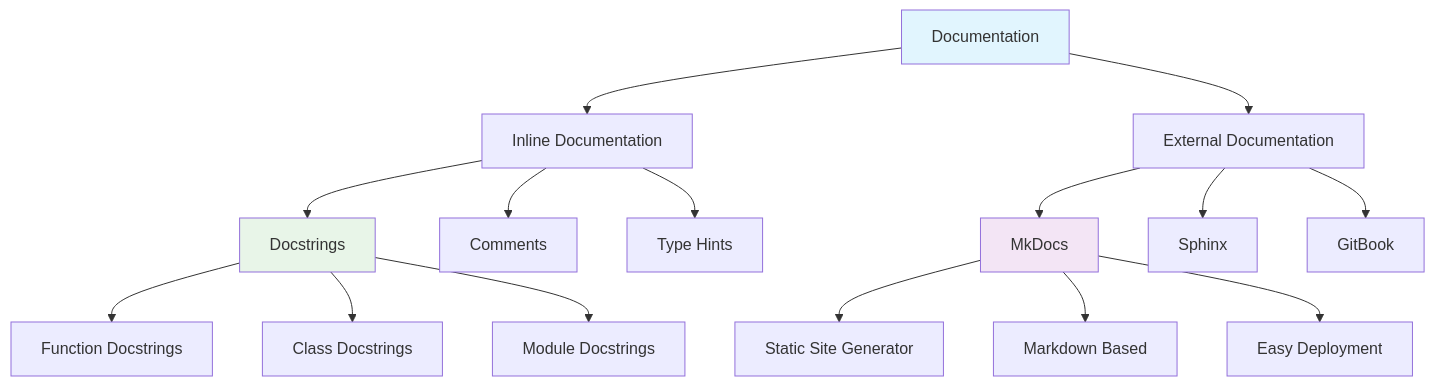
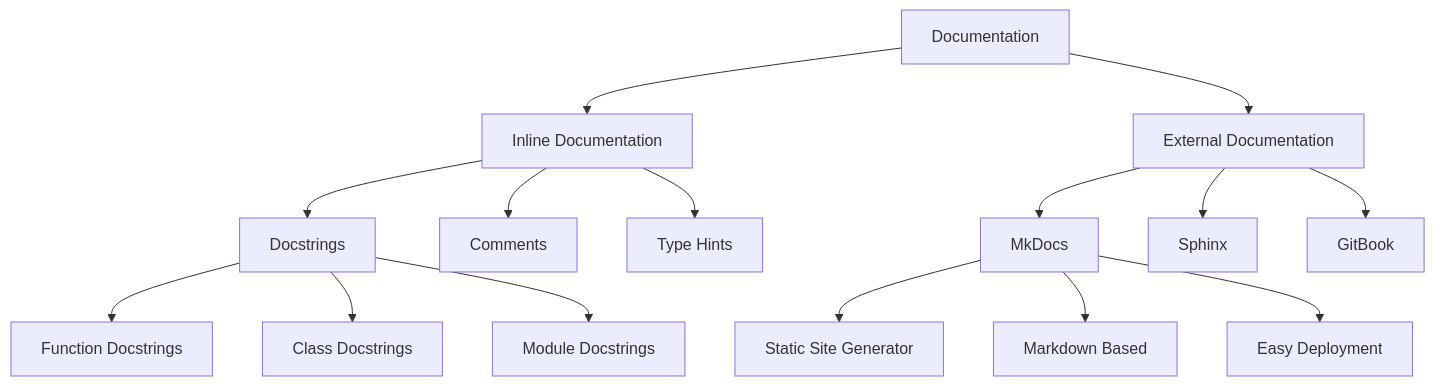
The first of 14 diagrams in 00_python_colab/18_docstrings_mkdocs/readme.md (sayyamsheikh42/Python-Learning-Material), drawn with Mermaid before and after one commit. The commit also changed other lines of this file, not shown here.

````diff
--- a/00_python_colab/18_docstrings_mkdocs/readme.md
+++ b/00_python_colab/18_docstrings_mkdocs/readme.md
@@ -36,25 +36,21 @@
 ```mermaid
 graph TD
-    A["Documentation"] --> B["Inline Documentation"]
-    A --> C["External Documentation"]
+    A[Documentation] --> B[Inline Documentation]
+    A --> C[External Documentation]
     
-    B --> B1["Docstrings"]
-    B --> B2["Comments"]
-    B --> B3["Type Hints"]
+    B --> B1[Docstrings]
+    B --> B2[Comments]
+    B --> B3[Type Hints]
     
-    C --> C1["MkDocs"]
-    C --> C2["Sphinx"]
-    C --> C3["GitBook"]
+    C --> C1[MkDocs]
+    C --> C2[Sphinx]
+    C --> C3[GitBook]
     
-    B1 --> B1a["Function Docstrings"]
-    B1 --> B1b["Class Docstrings"]
-    B1 --> B1c["Module Docstrings"]
+    B1 --> B1a[Function Docstrings]
+    B1 --> B1b[Class Docstrings]
+    B1 --> B1c[Module Docstrings]
     
-    C1 --> C1a["Static Site Generator"]
-    C1 --> C1b["Markdown Based"]
-    C1 --> C1c["Easy Deployment"]
-    
-    style A fill:#e1f5fe
-    style B1 fill:#e8f5e8
-    style C1 fill:#f3e5f5
+    C1 --> C1a[Static Site Generator]
+    C1 --> C1b[Markdown Based]
+    C1 --> C1c[Easy Deployment]
 ```
````
